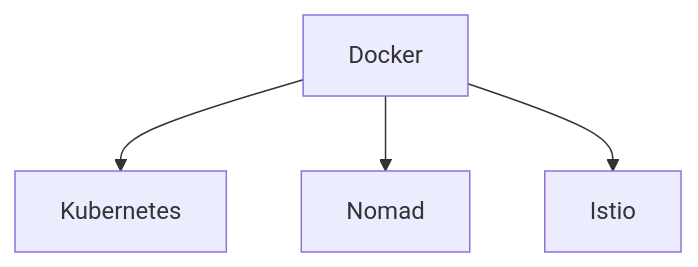
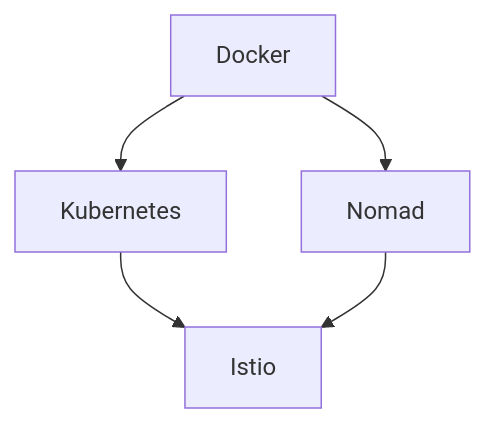
The first of 3 diagrams in README.md (Furipe09/AboutMe), drawn with Mermaid before and after one commit. The commit also changed other lines of this file, not shown here.

````diff
--- a/README.md
+++ b/README.md
@@ -19,6 +19,7 @@
 ```mermaid
 graph TD;
     Docker-->Kubernetes
     Docker-->Nomad;
-    Docker-->Istio;
+    Kubernetes-->Istio;
+    Nomad-->Istio;
 ```
````
